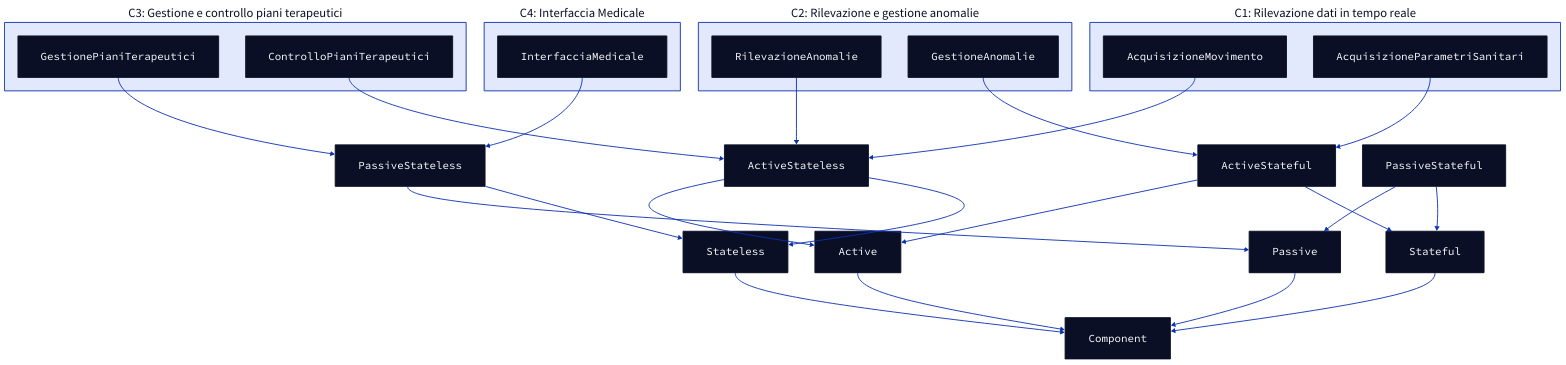
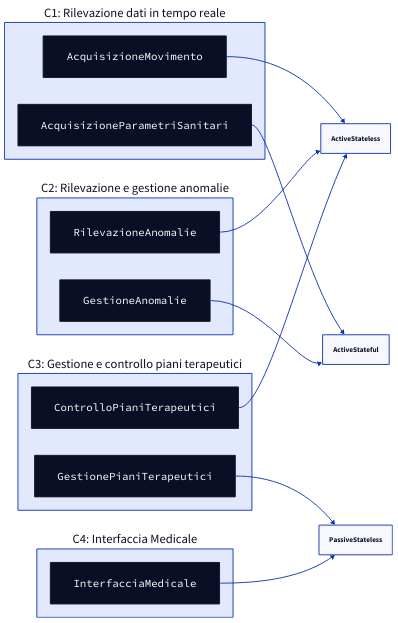
One commit to frefolli/software-architecture-project changed the diagram in relazione/diagrams/components.d2. Above: the diagram before and after it, drawn with D2. The commit also changed 6 other files, not shown here.

```diff
--- a/relazione/diagrams/components.d2
+++ b/relazione/diagrams/components.d2
@@ -1,50 +1,31 @@
-Component: {shape: class}
-Active: {shape: class}
-Passive: {shape: class}
-Stateless: {shape: class}
-Stateful: {shape: class}
-Active -> Component
-Passive -> Component
-Stateless -> Component
-Stateful -> Component
+direction: right
 
-ActiveStateless: {shape: class}
-PassiveStateless: {shape: class}
-ActiveStateful: {shape: class}
-PassiveStateful: {shape: class}
+RilevazioneDatiInTempoReale: "C1: Rilevazione dati in tempo reale" {
+  AcquisizioneMovimento: {shape: class}
+  AcquisizioneParametriSanitari: {shape: class}
+}
 
-ActiveStateless -> Active
-ActiveStateless -> Stateless
-PassiveStateless -> Passive
-PassiveStateless -> Stateless
-ActiveStateful -> Active
-ActiveStateful -> Stateful
-PassiveStateful -> Passive
-PassiveStateful -> Stateful
+RilevazioneDatiInTempoReale.AcquisizioneMovimento -> ActiveStateless
+RilevazioneDatiInTempoReale.AcquisizioneParametriSanitari -> ActiveStateful
 
-InterfacciaMedicale: "C4: Interfaccia Medicale" {
-  InterfacciaMedicale: {shape: class}
+
+RilevazioneEGestioneAnomalie: "C2: Rilevazione e gestione anomalie" {
+  RilevazioneAnomalie: {shape: class}
+  GestioneAnomalie: {shape: class}
 }
-InterfacciaMedicale.InterfacciaMedicale -> PassiveStateless
+RilevazioneEGestioneAnomalie.RilevazioneAnomalie -> ActiveStateless
+RilevazioneEGestioneAnomalie.GestioneAnomalie -> ActiveStateful
+
 
 GestioneEControlloPianiTerapeutici: "C3: Gestione e controllo piani terapeutici" {
   GestionePianiTerapeutici: {shape: class}
   ControlloPianiTerapeutici: {shape: class}
 }
 GestioneEControlloPianiTerapeutici.GestionePianiTerapeutici -> PassiveStateless
 GestioneEControlloPianiTerapeutici.ControlloPianiTerapeutici -> ActiveStateless
 
-RilevazioneEGestioneAnomalie: "C2: Rilevazione e gestione anomalie" {
-  RilevazioneAnomalie: {shape: class}
-  GestioneAnomalie: {shape: class}
+
+InterfacciaMedicale: "C4: Interfaccia Medicale" {
+  InterfacciaMedicale: {shape: class}
 }
-RilevazioneEGestioneAnomalie.RilevazioneAnomalie -> ActiveStateless
-RilevazioneEGestioneAnomalie.GestioneAnomalie -> ActiveStateful
-
-RilevazioneDatiInTempoReale: "C1: Rilevazione dati in tempo reale" {
-  AcquisizioneMovimento: {shape: class}
-  AcquisizioneParametriSanitari: {shape: class}
-}
-
-RilevazioneDatiInTempoReale.AcquisizioneMovimento -> ActiveStateless
-RilevazioneDatiInTempoReale.AcquisizioneParametriSanitari -> ActiveStateful
+InterfacciaMedicale.InterfacciaMedicale -> PassiveStateless
```
